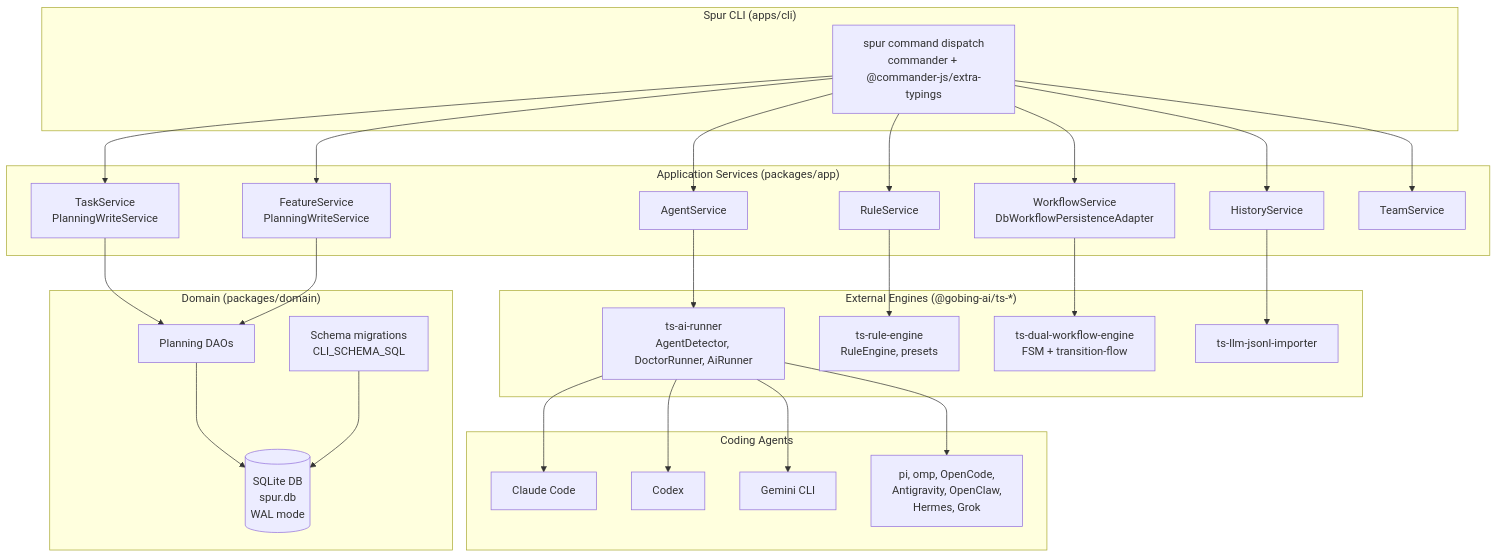
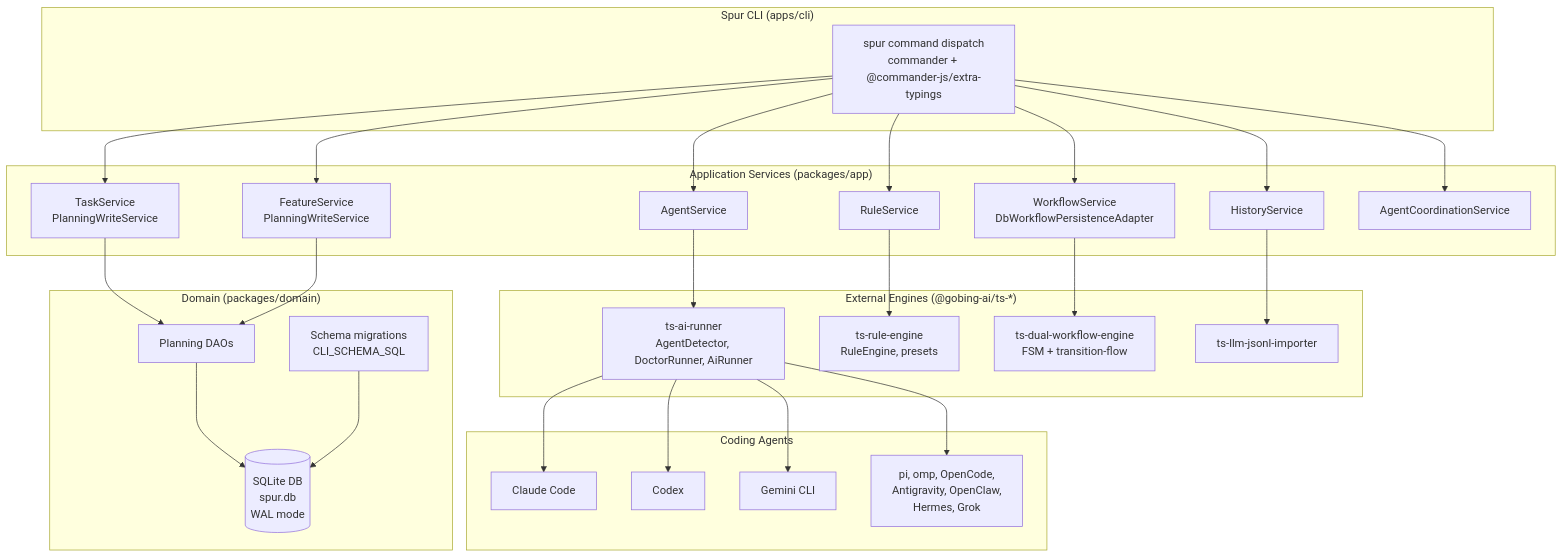
The diagram in docs/help/index.md (gobing-ai/spur), drawn with Mermaid before and after one commit. The commit also changed 16 other files, not shown here.

````diff
--- a/docs/help/index.md
+++ b/docs/help/index.md
@@ -58,44 +58,44 @@
 ```mermaid
 graph TB
     subgraph "Spur CLI (apps/cli)"
         CLI[spur command dispatch<br/>commander + @commander-js/extra-typings]
     end
 
     subgraph "Application Services (packages/app)"
         AgentSvc[AgentService]
         RuleSvc[RuleService]
         WorkflowSvc[WorkflowService<br/>DbWorkflowPersistenceAdapter]
         TaskSvc[TaskService<br/>PlanningWriteService]
         FeatureSvc[FeatureService<br/>PlanningWriteService]
         HistorySvc[HistoryService]
-        TeamSvc[TeamService]
+        CoordinationSvc[AgentCoordinationService]
     end
 
     subgraph "Domain (packages/domain)"
         DB[(SQLite DB<br/>spur.db<br/>WAL mode)]
         Migrations[Schema migrations<br/>CLI_SCHEMA_SQL]
         PlanningDAOs[Planning DAOs]
     end
 
     subgraph "External Engines (@gobing-ai/ts-*)"
         AiRunner[ts-ai-runner<br/>AgentDetector, DoctorRunner, AiRunner]
         RuleEngine[ts-rule-engine<br/>RuleEngine, presets]
         WorkflowEngine[ts-dual-workflow-engine<br/>FSM + transition-flow]
         JsonlImporter[ts-llm-jsonl-importer]
     end
 
     subgraph "Coding Agents"
         Claude[Claude Code]
         Codex[Codex]
         Gemini[Gemini CLI]
         Others[pi, omp, OpenCode,<br/>Antigravity, OpenClaw,<br/>Hermes, Grok]
     end
 
-    CLI --> AgentSvc & RuleSvc & WorkflowSvc & TaskSvc & FeatureSvc & HistorySvc & TeamSvc
+    CLI --> AgentSvc & RuleSvc & WorkflowSvc & TaskSvc & FeatureSvc & HistorySvc & CoordinationSvc
     AgentSvc --> AiRunner --> Claude & Codex & Gemini & Others
     RuleSvc --> RuleEngine
     WorkflowSvc --> WorkflowEngine
     HistorySvc --> JsonlImporter
     TaskSvc & FeatureSvc --> PlanningDAOs --> DB
     Migrations --> DB
 ```
````
